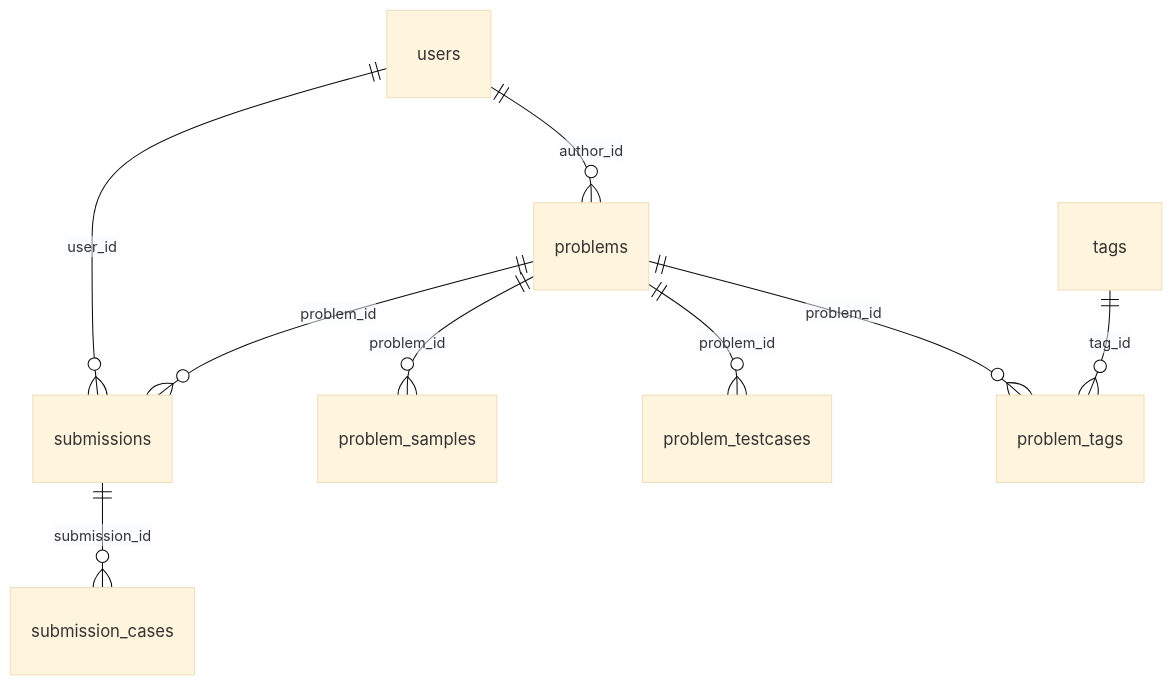
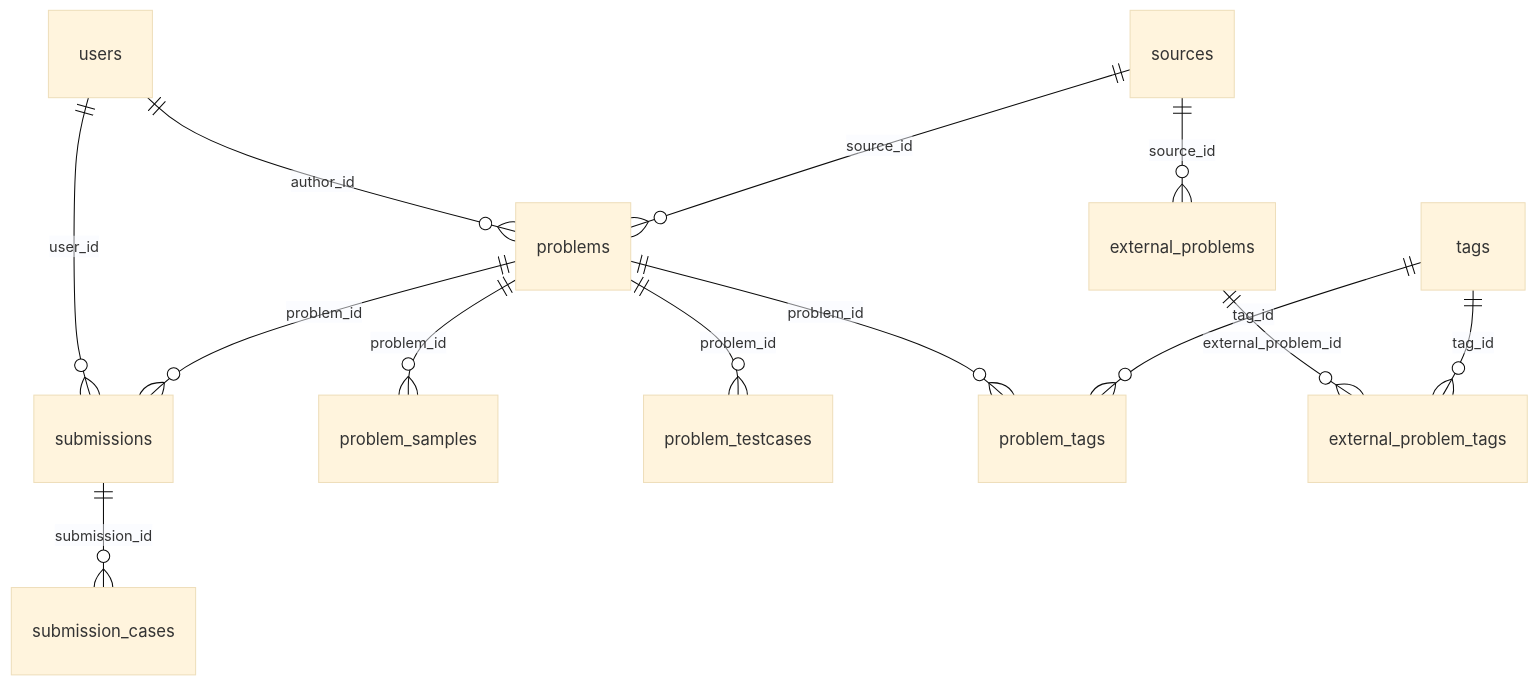
One commit to yucccxi/iOJ changed the diagram in docs/server/02-database.md. Above: the diagram before and after it, drawn with Mermaid (base theme). The commit also changed other lines of this file and 51 other files, not shown here.

````diff
--- a/docs/server/02-database.md
+++ b/docs/server/02-database.md
@@ -23,11 +86,15 @@
 ```mermaid
 erDiagram
     users ||--o{ problems : "author_id"
+    sources ||--o{ problems : "source_id"
+    sources ||--o{ external_problems : "source_id"
     users ||--o{ submissions : "user_id"
     problems ||--o{ problem_samples : "problem_id"
     problems ||--o{ problem_testcases : "problem_id"
     problems ||--o{ problem_tags : "problem_id"
     tags ||--o{ problem_tags : "tag_id"
+    external_problems ||--o{ external_problem_tags : "external_problem_id"
+    tags ||--o{ external_problem_tags : "tag_id"
     problems ||--o{ submissions : "problem_id"
     submissions ||--o{ submission_cases : "submission_id"
 ```
````
